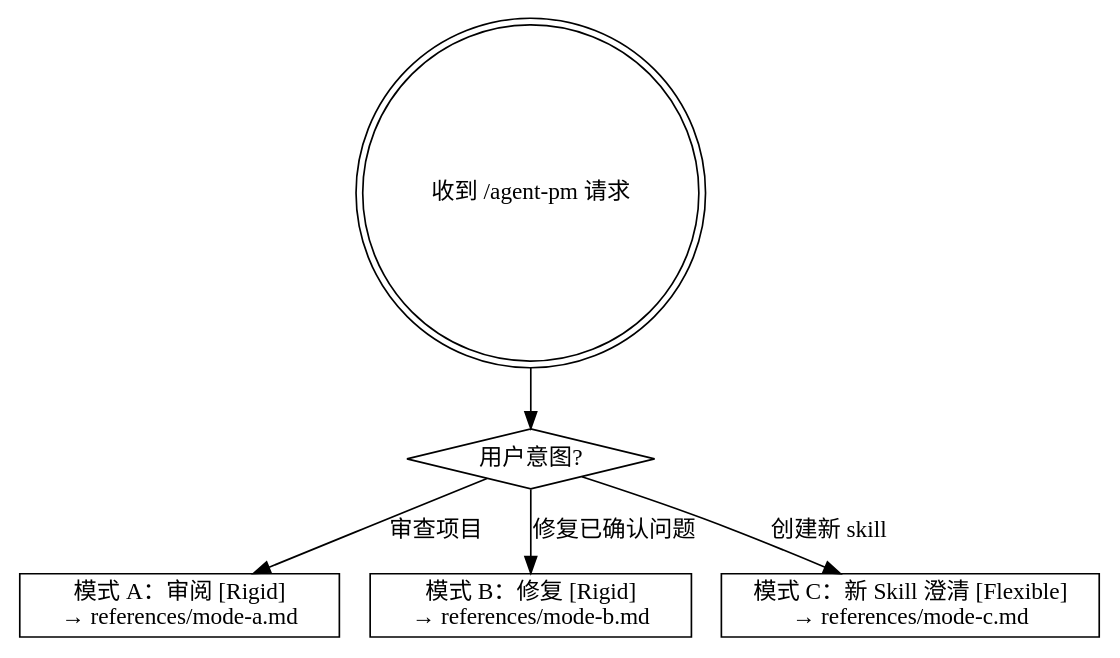
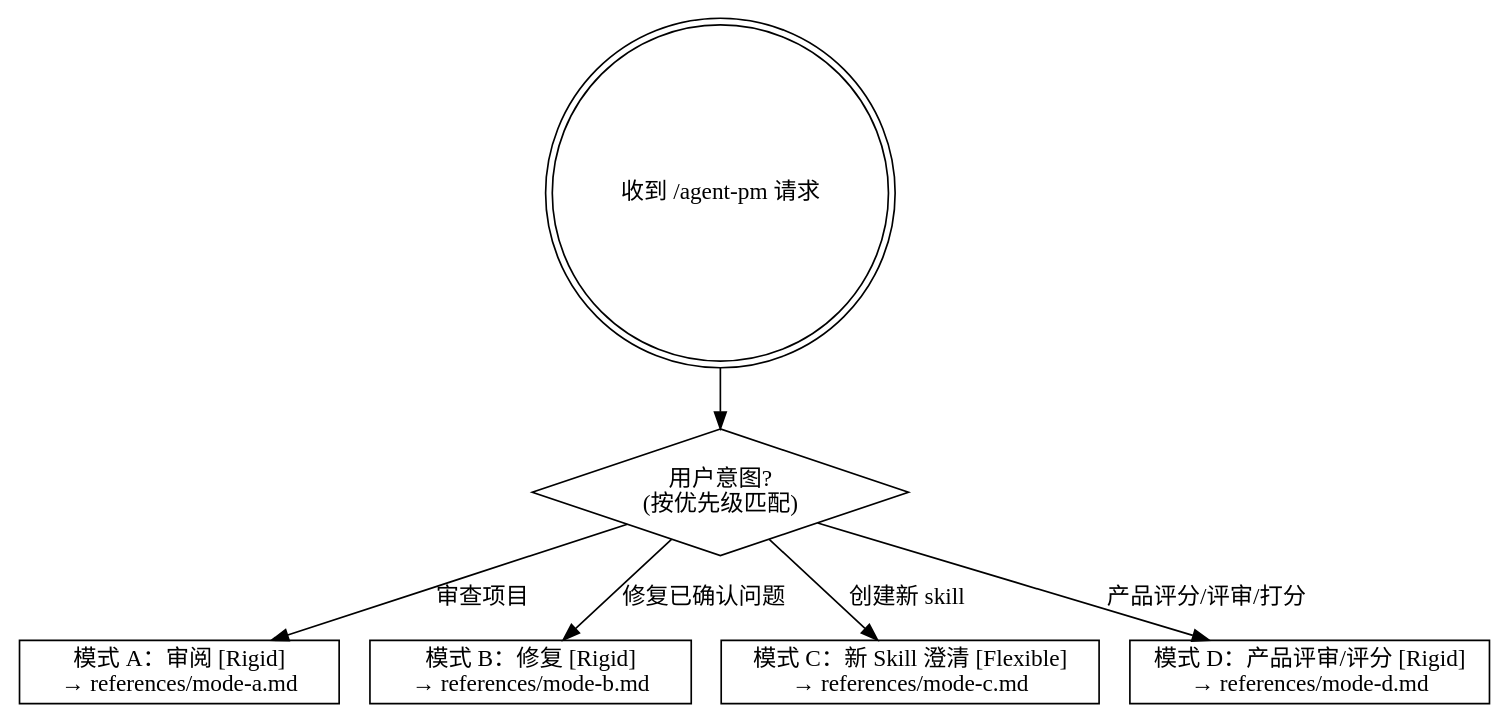
Before and after one commit to lbyxunxunnini/agent-pm: the diagram in SKILL.md, drawn with Graphviz. The commit also changed other lines of this file and 11 other files, not shown here.

````diff
--- a/SKILL.md
+++ b/SKILL.md
@@ -111,17 +187,19 @@
 ```dot
 digraph mode_select {
     rankdir=TB;
     node [shape=box];
 
     start [label="收到 /agent-pm 请求" shape=doublecircle];
-    check [shape=diamond label="用户意图?"];
+    check [shape=diamond label="用户意图?\n(按优先级匹配)"];
     review [label="模式 A：审阅 [Rigid]\n→ references/mode-a.md"];
     fix [label="模式 B：修复 [Rigid]\n→ references/mode-b.md"];
     create [label="模式 C：新 Skill 澄清 [Flexible]\n→ references/mode-c.md"];
+    score [label="模式 D：产品评审/评分 [Rigid]\n→ references/mode-d.md"];
 
     start -> check;
+    check -> score [label="产品评分/评审/打分"];
+    check -> create [label="创建新 skill"];
+    check -> fix [label="修复已确认问题"];
     check -> review [label="审查项目"];
-    check -> fix [label="修复已确认问题"];
-    check -> create [label="创建新 skill"];
 }
 ```
````
